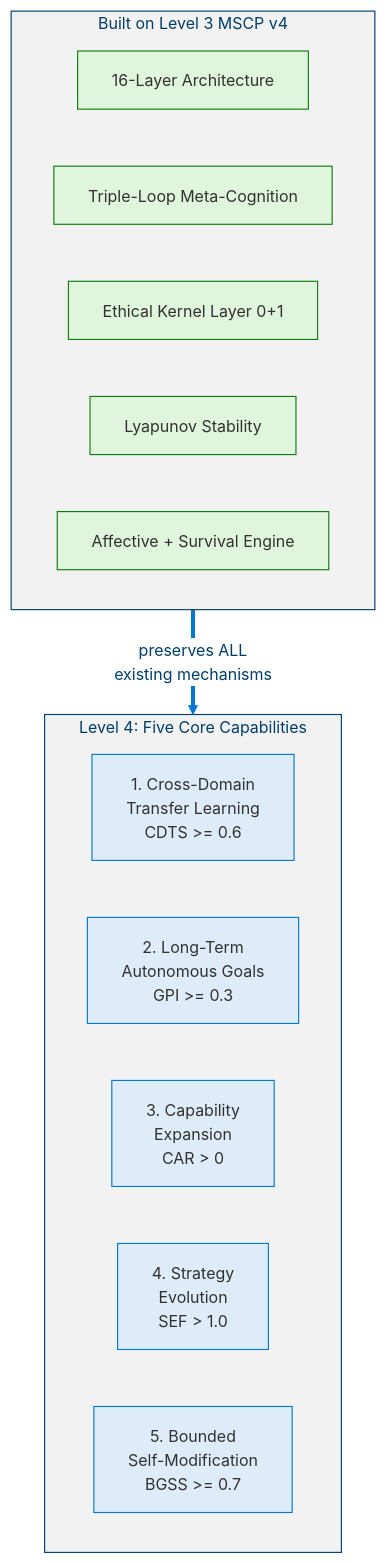
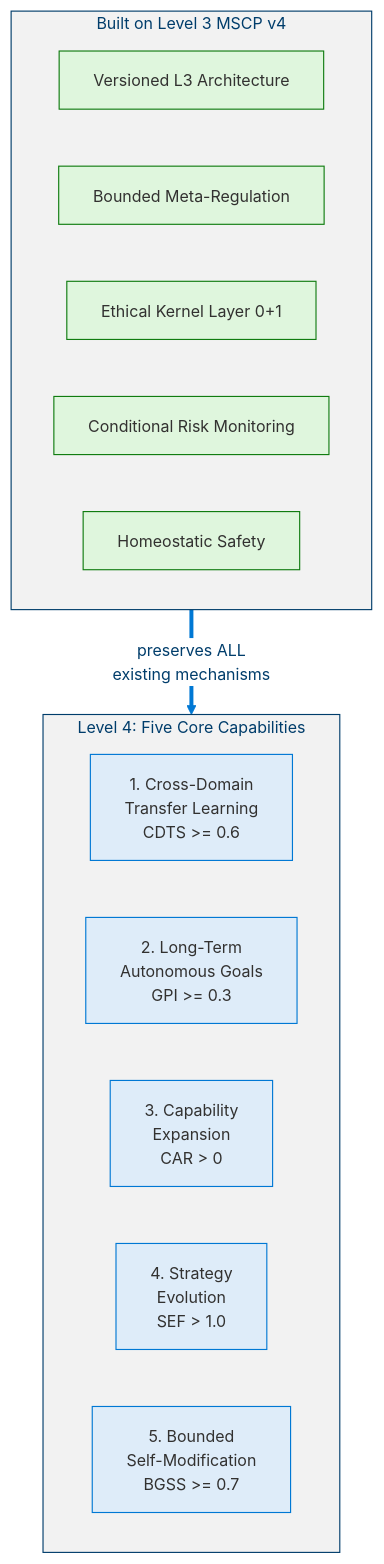
Before and after one commit to dotnetpower/mscp: the first of 14 diagrams in docs/levels/Level_4_Adaptive_General_Agent.md, drawn with Mermaid. The commit also changed other lines of this file and 21 other files, not shown here.

````diff
--- a/docs/levels/Level_4_Adaptive_General_Agent.md
+++ b/docs/levels/Level_4_Adaptive_General_Agent.md
@@ -56,24 +65,24 @@
 ```mermaid
 %%{init: {'theme': 'base', 'themeVariables': {'primaryColor': '#0078D4', 'primaryTextColor': '#003D6B', 'primaryBorderColor': '#003D6B', 'secondaryColor': '#50E6FF', 'secondaryTextColor': '#323130', 'secondaryBorderColor': '#00BCF2', 'tertiaryColor': '#F2F2F2', 'tertiaryTextColor': '#323130', 'lineColor': '#0078D4', 'textColor': '#323130', 'mainBkg': '#DEECF9', 'nodeBorder': '#0078D4', 'clusterBkg': '#F2F2F2', 'clusterBorder': '#003D6B', 'titleColor': '#003D6B', 'edgeLabelBackground': '#FFFFFF', 'fontSize': '14px'}}}%%
 flowchart TD
   classDef cap fill:#DEECF9,stroke:#0078D4,color:#323130
   classDef foundation fill:#DFF6DD,stroke:#107C10,color:#323130
 
   subgraph L4Caps["Level 4: Five Core Capabilities"]
     C1["1. Cross-Domain<br/>Transfer Learning<br/>CDTS >= 0.6"]:::cap
     C2["2. Long-Term<br/>Autonomous Goals<br/>GPI >= 0.3"]:::cap
     C3["3. Capability<br/>Expansion<br/>CAR > 0"]:::cap
     C4["4. Strategy<br/>Evolution<br/>SEF > 1.0"]:::cap
     C5["5. Bounded<br/>Self-Modification<br/>BGSS >= 0.7"]:::cap
   end
 
   subgraph Foundation["Built on Level 3 MSCP v4"]
-    F1["16-Layer Architecture"]:::foundation
-    F2["Triple-Loop Meta-Cognition"]:::foundation
+    F1["Versioned L3 Architecture"]:::foundation
+    F2["Bounded Meta-Regulation"]:::foundation
     F3["Ethical Kernel Layer 0+1"]:::foundation
-    F4["Lyapunov Stability"]:::foundation
-    F5["Affective + Survival Engine"]:::foundation
+    F4["Conditional Risk Monitoring"]:::foundation
+    F5["Homeostatic Safety"]:::foundation
   end
 
   Foundation ==>|"preserves ALL<br/>existing mechanisms"| L4Caps
 ```
````
